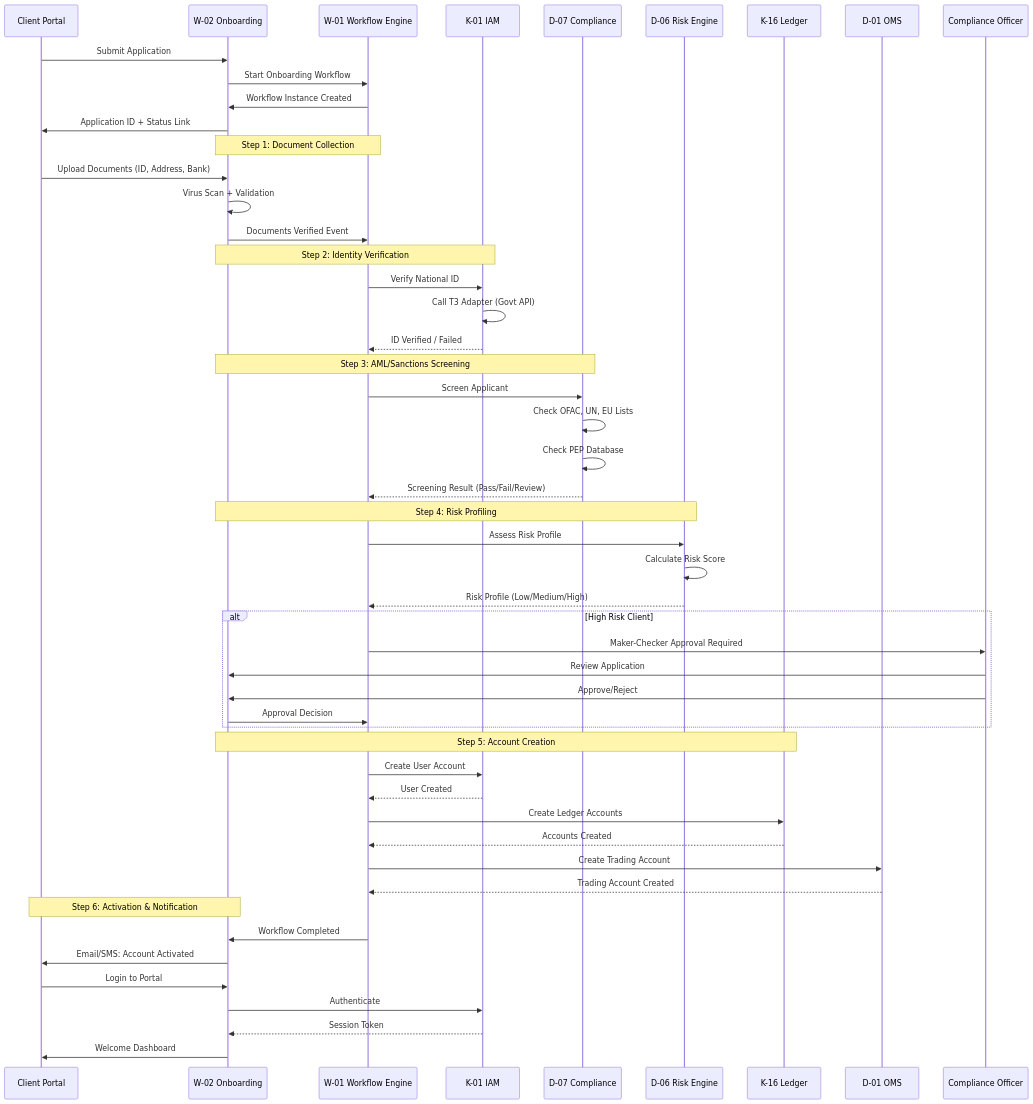
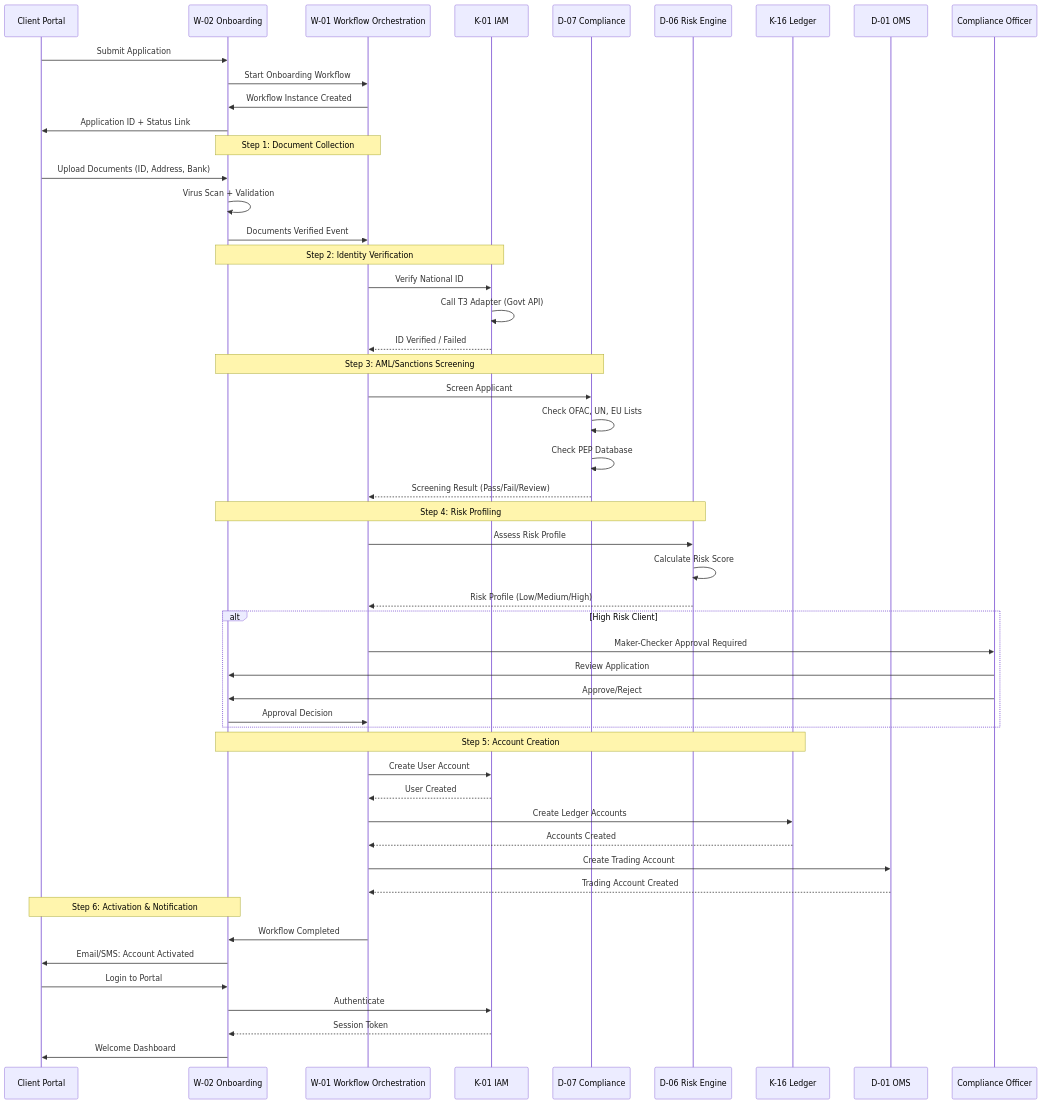
One commit to samujjwal/finance changed the diagram in epics/EPIC-W-02-Client-Onboarding.md. Above: the diagram before and after it, drawn with Mermaid. The commit also changed other lines of this file and 148 other files, not shown here.

````diff
--- a/epics/EPIC-W-02-Client-Onboarding.md
+++ b/epics/EPIC-W-02-Client-Onboarding.md
@@ -220,61 +220,61 @@
 ```mermaid
 sequenceDiagram
     participant Client as Client Portal
     participant W02 as W-02 Onboarding
-    participant W01 as W-01 Workflow Engine
+    participant W01 as W-01 Workflow Orchestration
     participant K01 as K-01 IAM
     participant D07 as D-07 Compliance
     participant D06 as D-06 Risk Engine
     participant K16 as K-16 Ledger
     participant D01 as D-01 OMS
     participant Officer as Compliance Officer
 
     Client->>W02: Submit Application
     W02->>W01: Start Onboarding Workflow
     W01->>W02: Workflow Instance Created
     W02->>Client: Application ID + Status Link
-    
+
     Note over W02,W01: Step 1: Document Collection
     Client->>W02: Upload Documents (ID, Address, Bank)
     W02->>W02: Virus Scan + Validation
     W02->>W01: Documents Verified Event
-    
+
     Note over W02,K01: Step 2: Identity Verification
     W01->>K01: Verify National ID
     K01->>K01: Call T3 Adapter (Govt API)
     K01-->>W01: ID Verified / Failed
-    
+
     Note over W02,D07: Step 3: AML/Sanctions Screening
     W01->>D07: Screen Applicant
     D07->>D07: Check OFAC, UN, EU Lists
     D07->>D07: Check PEP Database
     D07-->>W01: Screening Result (Pass/Fail/Review)
-    
+
     Note over W02,D06: Step 4: Risk Profiling
     W01->>D06: Assess Risk Profile
     D06->>D06: Calculate Risk Score
     D06-->>W01: Risk Profile (Low/Medium/High)
-    
+
     alt High Risk Client
         W01->>Officer: Maker-Checker Approval Required
         Officer->>W02: Review Application
         Officer->>W02: Approve/Reject
         W02->>W01: Approval Decision
     end
-    
+
     Note over W02,K16: Step 5: Account Creation
     W01->>K01: Create User Account
     K01-->>W01: User Created
     W01->>K16: Create Ledger Accounts
     K16-->>W01: Accounts Created
     W01->>D01: Create Trading Account
     D01-->>W01: Trading Account Created
-    
+
     Note over W02,Client: Step 6: Activation & Notification
     W01->>W02: Workflow Completed
     W02->>Client: Email/SMS: Account Activated
     Client->>W02: Login to Portal
     W02->>K01: Authenticate
     K01-->>W02: Session Token
     W02->>Client: Welcome Dashboard
 ```
````
